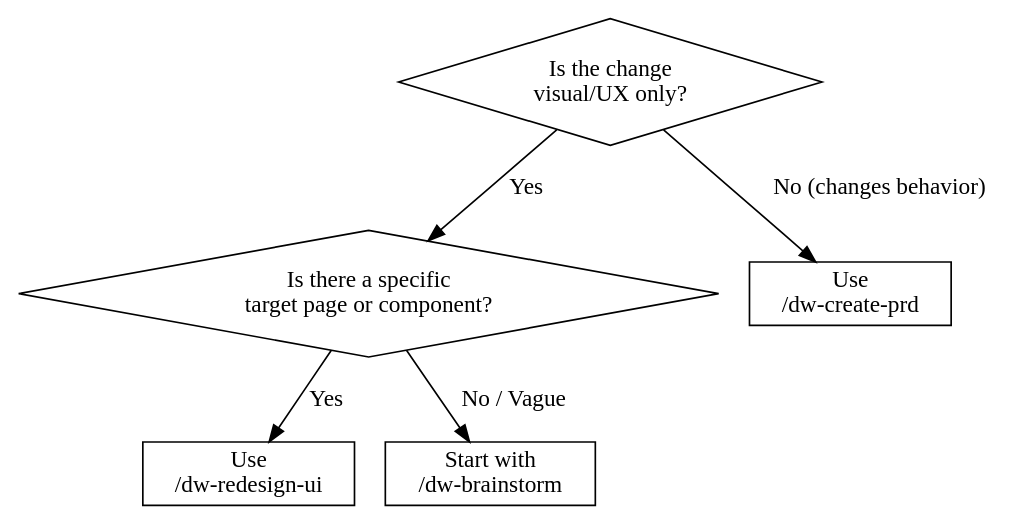
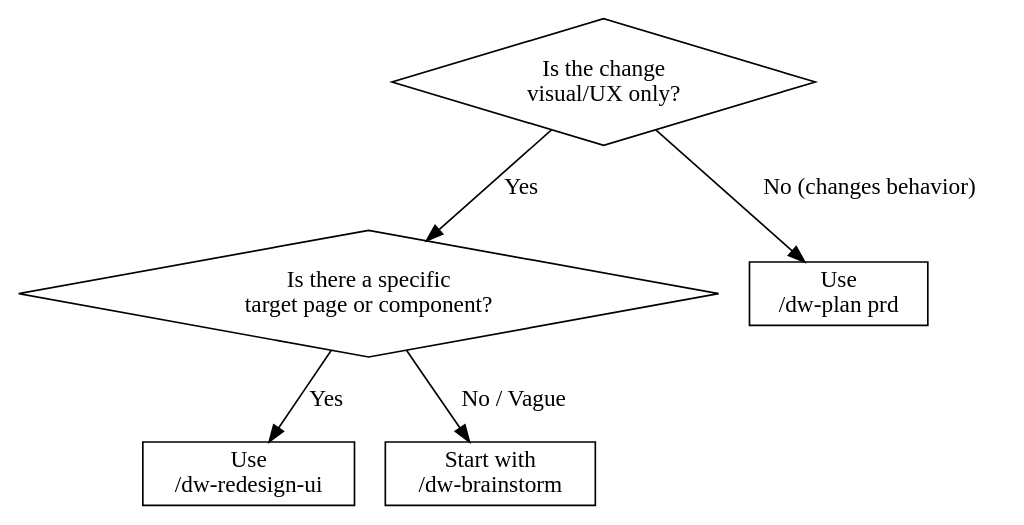
The diagram in .dw/commands/dw-redesign-ui.md (brunosps/winbox-gui), drawn with Graphviz before and after one commit. The commit also changed other lines of this file and 511 other files, not shown here.

````diff
--- a/.dw/commands/dw-redesign-ui.md
+++ b/.dw/commands/dw-redesign-ui.md
@@ -22,16 +22,16 @@
 ```dot
 digraph redesign_decision {
   rankdir=TB;
   node [shape=diamond];
   Q1 [label="Is the change\nvisual/UX only?"];
   Q2 [label="Is there a specific\ntarget page or component?"];
   node [shape=box];
   REDESIGN [label="Use\n/dw-redesign-ui"];
-  PRD [label="Use\n/dw-create-prd"];
+  PRD [label="Use\n/dw-plan prd"];
   BRAINSTORM [label="Start with\n/dw-brainstorm"];
   Q1 -> PRD [label="No (changes behavior)"];
   Q1 -> Q2 [label="Yes"];
   Q2 -> REDESIGN [label="Yes"];
   Q2 -> BRAINSTORM [label="No / Vague"];
 }
 ```
````
